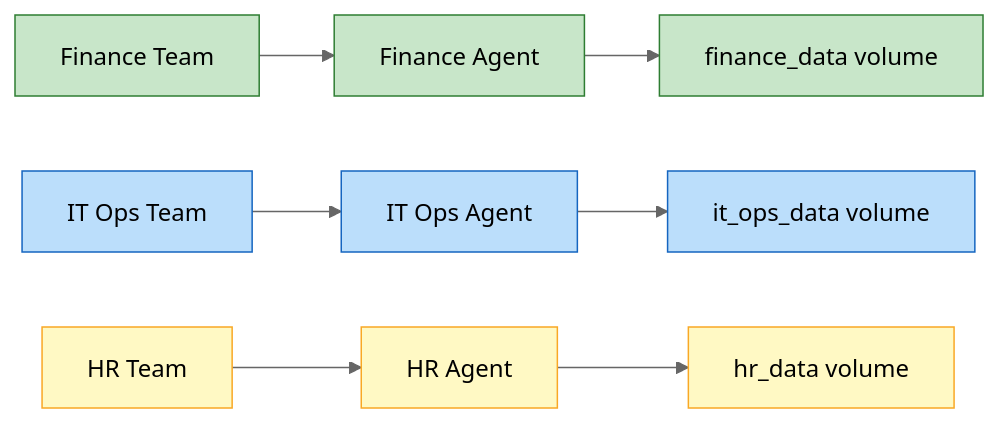
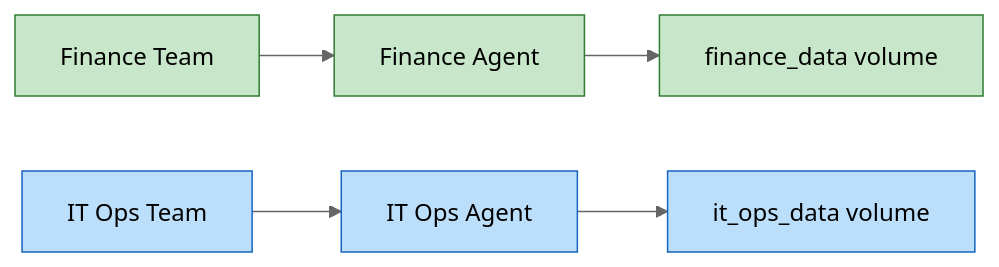
One commit to git4example/genai-fsx-netapp-ontap-workshop-on-eks-auto changed the first of 3 diagrams in content/400_module4_agentic_fsxn/450_Summary.md. Above: the diagram before and after it, drawn with Mermaid (neutral theme). The commit also changed other lines of this file and 3 other files, not shown here.

First line of the commit message:
assets: replace the AI Gateway and security summary mermaid diagrams

````diff
--- a/content/400_module4_agentic_fsxn/450_Summary.md
+++ b/content/400_module4_agentic_fsxn/450_Summary.md
@@ -75,16 +43,13 @@
 ```mermaid
 flowchart LR
     FT["Finance Team"] --> FA["Finance Agent"] --> FV["finance_data volume"]
     IT["IT Ops Team"] --> IA["IT Ops Agent"] --> IV["it_ops_data volume"]
-    HR["HR Team"] --> HA["HR Agent"] --> HV["hr_data volume"]
-
+    
     style FT fill:#c8e6c9,stroke:#2e7d32
     style FA fill:#c8e6c9,stroke:#2e7d32
     style FV fill:#c8e6c9,stroke:#2e7d32
     style IT fill:#bbdefb,stroke:#1565c0
     style IA fill:#bbdefb,stroke:#1565c0
     style IV fill:#bbdefb,stroke:#1565c0
-    style HR fill:#fff9c4,stroke:#f9a825
-    style HA fill:#fff9c4,stroke:#f9a825
-    style HV fill:#fff9c4,stroke:#f9a825
+
 ```
````
